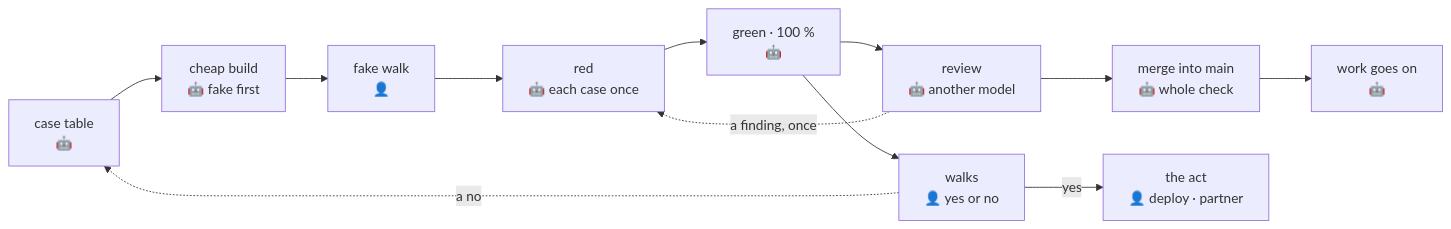
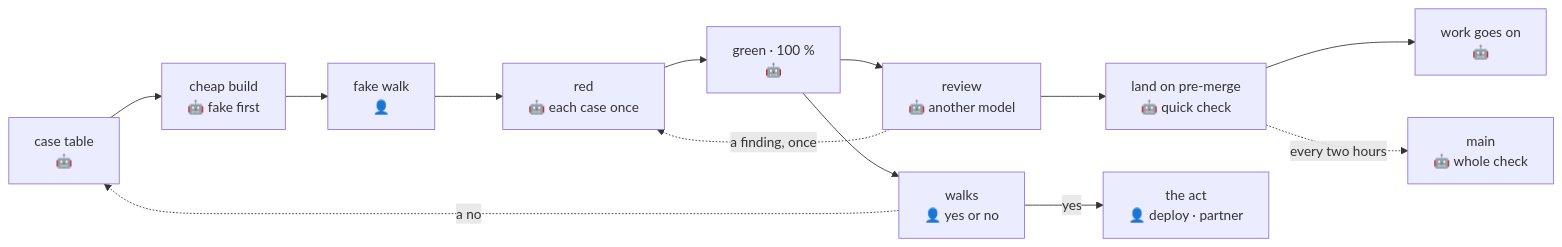
One commit to ancJ29/credo changed the diagram in docs/conventions/qa.md. Above: the diagram before and after it, drawn with Mermaid. The commit also changed other lines of this file and 4 other files, not shown here.

First line of the commit message:
docs(conventions): a finished piece lands on pre-merge, the whole check runs there at most every two hours, main moves only to a checked commit

````diff
--- a/docs/conventions/qa.md
+++ b/docs/conventions/qa.md
@@ -16,13 +17,14 @@
 ```mermaid
 flowchart LR
   table["case table<br/>🤖"] --> cheap["cheap build<br/>🤖 fake first"]
   cheap --> look["fake walk<br/>👤"] --> red["red<br/>🤖 each case once"]
   red --> green["green · 100 %<br/>🤖"]
   green --> review["review<br/>🤖 another model"]
-  review --> merge["merge into main<br/>🤖 whole check"]
+  review --> merge["land on pre-merge<br/>🤖 quick check"]
   merge --> on["work goes on<br/>🤖"]
+  merge -. every two hours .-> main["main<br/>🤖 whole check"]
   green --> walks["walks<br/>👤 yes or no"]
   walks -- yes --> act["the act<br/>👤 deploy · partner"]
   review -. a finding, once .-> red
   walks -. a no .-> table
 ```
````
